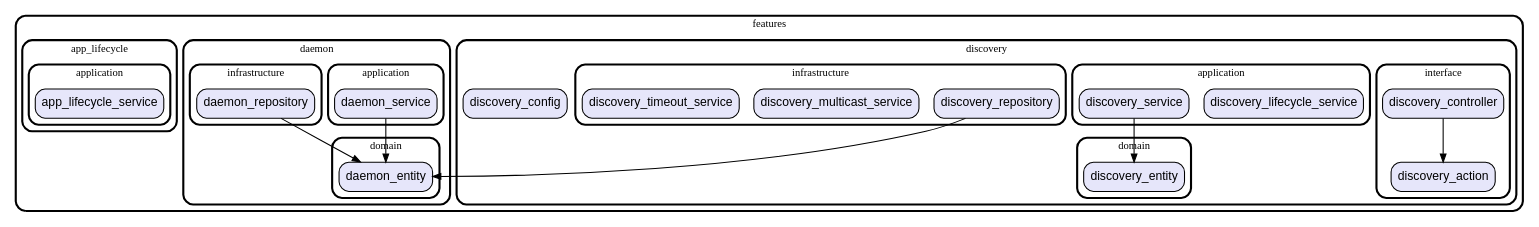
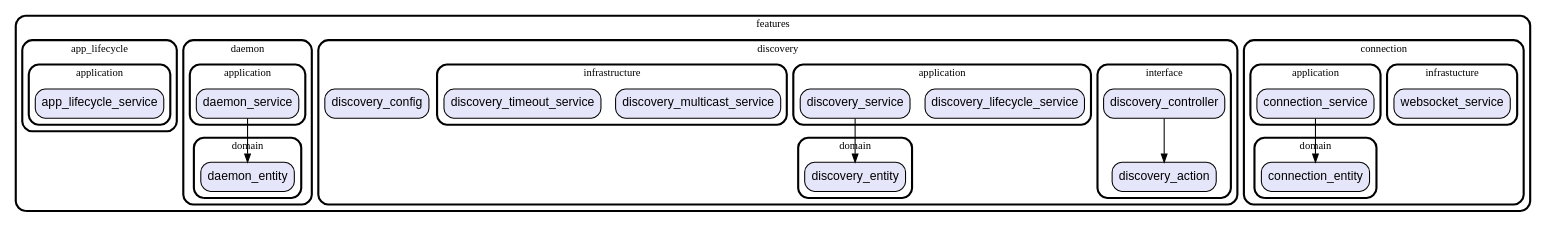
The diagram in graph/lib/features.dot (gev/reacthome-mobile), drawn with Graphviz before and after one commit. The commit also changed 22 other files, not shown here.

Commit message:
update dependencies graph

```diff
--- a/graph/lib/features.dot
+++ b/graph/lib/features.dot
@@ -1,72 +1,82 @@
 digraph "" {
   graph [style=rounded fontname="Arial Black" fontsize=13 penwidth=2.6];
   node [shape=rect style="filled,rounded" fontname=Arial fontsize=15 fillcolor=Lavender penwidth=1.3];
   edge [penwidth=1.3];
+  "/connection/infrastucture/websocket_service.dart" [label="websocket_service"];
+  "/connection/application/connection_service.dart" [label="connection_service"];
+  "/connection/domain/connection_entity.dart" [label="connection_entity"];
   "/discovery/interface/discovery_controller.dart" [label="discovery_controller"];
   "/discovery/interface/discovery_action.dart" [label="discovery_action"];
   "/discovery/discovery_config.dart" [label="discovery_config"];
   "/discovery/application/discovery_lifecycle_service.dart" [label="discovery_lifecycle_service"];
   "/discovery/application/discovery_service.dart" [label="discovery_service"];
-  "/discovery/infrastructure/discovery_repository.dart" [label="discovery_repository"];
   "/discovery/infrastructure/discovery_multicast_service.dart" [label="discovery_multicast_service"];
   "/discovery/infrastructure/discovery_timeout_service.dart" [label="discovery_timeout_service"];
   "/discovery/domain/discovery_entity.dart" [label="discovery_entity"];
   "/daemon/application/daemon_service.dart" [label="daemon_service"];
-  "/daemon/infrastructure/daemon_repository.dart" [label="daemon_repository"];
   "/daemon/domain/daemon_entity.dart" [label="daemon_entity"];
   "/app_lifecycle/application/app_lifecycle_service.dart" [label="app_lifecycle_service"];
   subgraph "cluster~" {
     label="features";
+    subgraph "cluster~/connection" {
+      label="connection";
+      subgraph "cluster~/connection/infrastucture" {
+        label="infrastucture";
+        "/connection/infrastucture/websocket_service.dart";
+      }
+      subgraph "cluster~/connection/application" {
+        label="application";
+        "/connection/application/connection_service.dart";
+      }
+      subgraph "cluster~/connection/domain" {
+        label="domain";
+        "/connection/domain/connection_entity.dart";
+      }
+    }
     subgraph "cluster~/discovery" {
       label="discovery";
       "/discovery/discovery_config.dart";
       subgraph "cluster~/discovery/interface" {
         label="interface";
         "/discovery/interface/discovery_controller.dart";
         "/discovery/interface/discovery_action.dart";
       }
       subgraph "cluster~/discovery/application" {
         label="application";
         "/discovery/application/discovery_lifecycle_service.dart";
         "/discovery/application/discovery_service.dart";
       }
       subgraph "cluster~/discovery/infrastructure" {
         label="infrastructure";
-        "/discovery/infrastructure/discovery_repository.dart";
         "/discovery/infrastructure/discovery_multicast_service.dart";
         "/discovery/infrastructure/discovery_timeout_service.dart";
       }
       subgraph "cluster~/discovery/domain" {
         label="domain";
         "/discovery/domain/discovery_entity.dart";
       }
     }
     subgraph "cluster~/daemon" {
       label="daemon";
       subgraph "cluster~/daemon/application" {
         label="application";
         "/daemon/application/daemon_service.dart";
       }
-      subgraph "cluster~/daemon/infrastructure" {
-        label="infrastructure";
-        "/daemon/infrastructure/daemon_repository.dart";
-      }
       subgraph "cluster~/daemon/domain" {
         label="domain";
         "/daemon/domain/daemon_entity.dart";
       }
     }
     subgraph "cluster~/app_lifecycle" {
       label="app_lifecycle";
       subgraph "cluster~/app_lifecycle/application" {
         label="application";
         "/app_lifecycle/application/app_lifecycle_service.dart";
       }
     }
   }
+  "/connection/application/connection_service.dart" -> "/connection/domain/connection_entity.dart";
   "/discovery/interface/discovery_controller.dart" -> "/discovery/interface/discovery_action.dart";
   "/discovery/application/discovery_service.dart" -> "/discovery/domain/discovery_entity.dart";
-  "/discovery/infrastructure/discovery_repository.dart" -> "/daemon/domain/daemon_entity.dart";
   "/daemon/application/daemon_service.dart" -> "/daemon/domain/daemon_entity.dart";
-  "/daemon/infrastructure/daemon_repository.dart" -> "/daemon/domain/daemon_entity.dart";
 }
```
